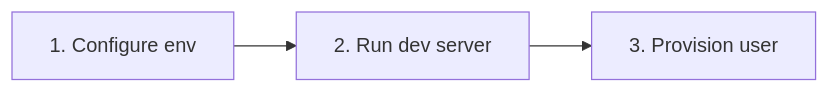
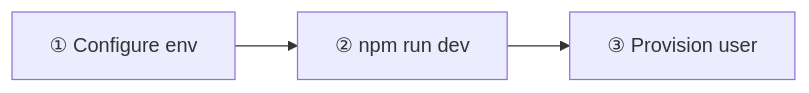
The first of 2 diagrams in docs/README.md (fnsventures/petrolpump), drawn with Mermaid before and after one commit. The commit also changed other lines of this file and 14 other files, not shown here.

````diff
--- a/docs/README.md
+++ b/docs/README.md
@@ -23,5 +35,5 @@
 ```mermaid
 flowchart LR
-  A["1. Configure env"] --> B["2. Run dev server"]
-  B --> C["3. Provision user"]
+  A["① Configure env"] --> B["② npm run dev"]
+  B --> C["③ Provision user"]
 ```
````
